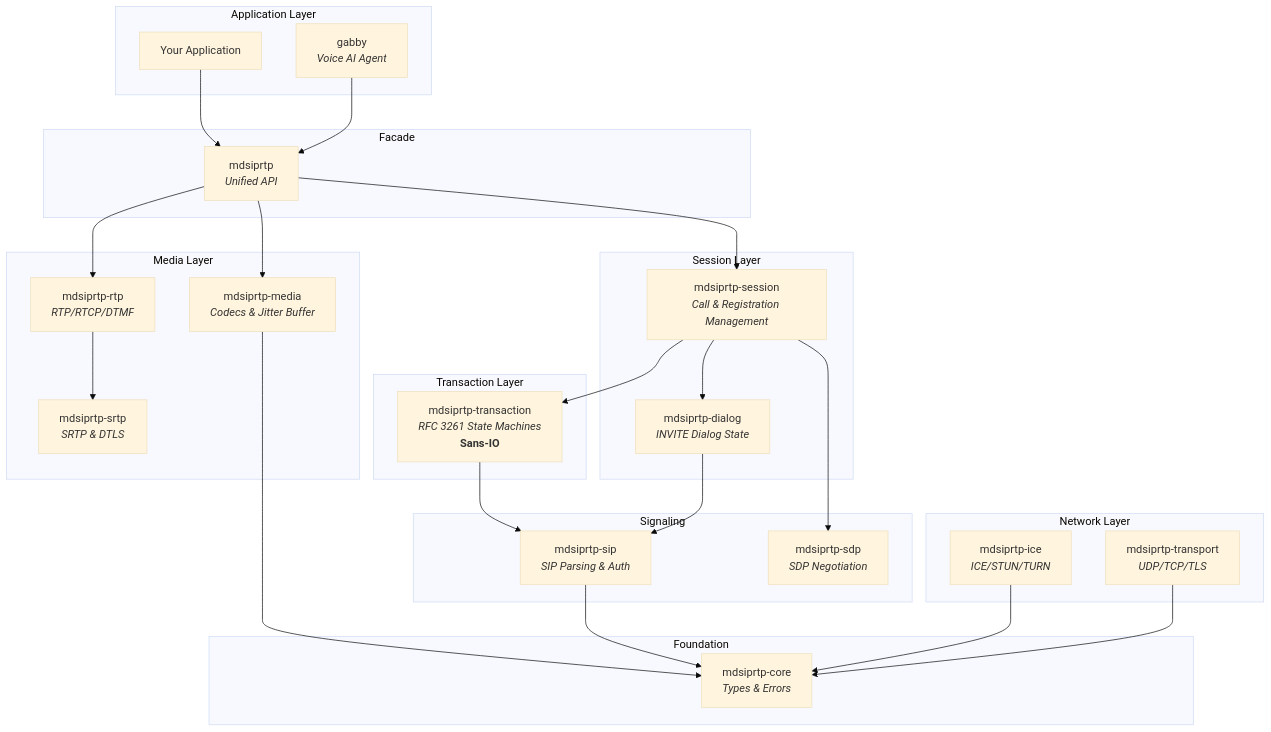
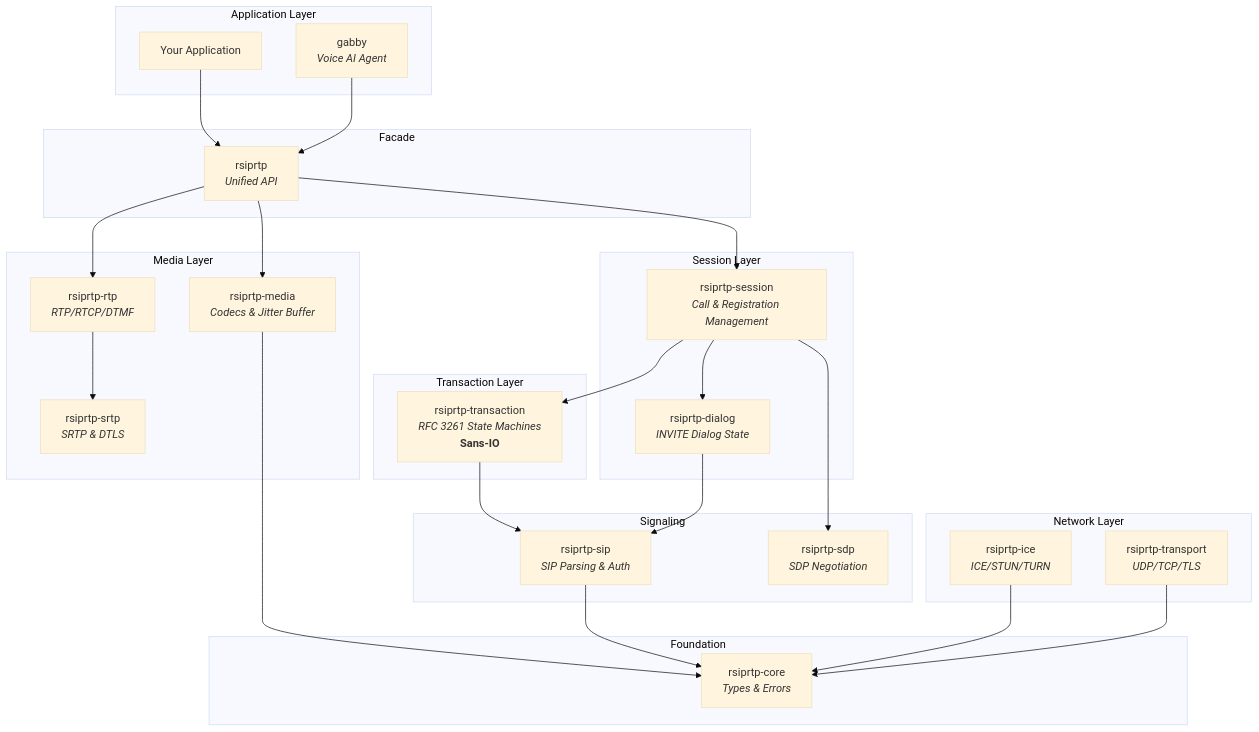
Before and after one commit to 0x4D44/rsiprtp: the first of 5 diagrams in README.md, drawn with Mermaid (base theme). The commit also changed other lines of this file and 209 other files, not shown here.

First line of the commit message:
Rename mdsiprtp to rsiprtp across workspace

````diff
--- a/README.md
+++ b/README.md
@@ -38,56 +38,56 @@
 ```mermaid
 graph TB
     subgraph "Application Layer"
         GABBY[gabby<br/><i>Voice AI Agent</i>]
         APP[Your Application]
     end
 
     subgraph "Facade"
-        MDSIPRTP[mdsiprtp<br/><i>Unified API</i>]
+        MDSIPRTP[rsiprtp<br/><i>Unified API</i>]
     end
 
     subgraph "Session Layer"
-        SESSION[mdsiprtp-session<br/><i>Call & Registration Management</i>]
-        DIALOG[mdsiprtp-dialog<br/><i>INVITE Dialog State</i>]
+        SESSION[rsiprtp-session<br/><i>Call & Registration Management</i>]
+        DIALOG[rsiprtp-dialog<br/><i>INVITE Dialog State</i>]
     end
 
     subgraph "Transaction Layer"
-        TRANSACTION[mdsiprtp-transaction<br/><i>RFC 3261 State Machines</i><br/><b>Sans-IO</b>]
+        TRANSACTION[rsiprtp-transaction<br/><i>RFC 3261 State Machines</i><br/><b>Sans-IO</b>]
     end
 
     subgraph "Signaling"
-        SIP[mdsiprtp-sip<br/><i>SIP Parsing & Auth</i>]
-        SDP[mdsiprtp-sdp<br/><i>SDP Negotiation</i>]
+        SIP[rsiprtp-sip<br/><i>SIP Parsing & Auth</i>]
+        SDP[rsiprtp-sdp<br/><i>SDP Negotiation</i>]
     end
 
     subgraph "Media Layer"
-        RTP[mdsiprtp-rtp<br/><i>RTP/RTCP/DTMF</i>]
-        SRTP[mdsiprtp-srtp<br/><i>SRTP & DTLS</i>]
-        MEDIA[mdsiprtp-media<br/><i>Codecs & Jitter Buffer</i>]
+        RTP[rsiprtp-rtp<br/><i>RTP/RTCP/DTMF</i>]
+        SRTP[rsiprtp-srtp<br/><i>SRTP & DTLS</i>]
+        MEDIA[rsiprtp-media<br/><i>Codecs & Jitter Buffer</i>]
     end
 
     subgraph "Network Layer"
-        TRANSPORT[mdsiprtp-transport<br/><i>UDP/TCP/TLS</i>]
-        ICE[mdsiprtp-ice<br/><i>ICE/STUN/TURN</i>]
+        TRANSPORT[rsiprtp-transport<br/><i>UDP/TCP/TLS</i>]
+        ICE[rsiprtp-ice<br/><i>ICE/STUN/TURN</i>]
     end
 
     subgraph "Foundation"
-        CORE[mdsiprtp-core<br/><i>Types & Errors</i>]
+        CORE[rsiprtp-core<br/><i>Types & Errors</i>]
     end
 
     GABBY --> MDSIPRTP
     APP --> MDSIPRTP
     MDSIPRTP --> SESSION
     MDSIPRTP --> MEDIA
     MDSIPRTP --> RTP
     SESSION --> DIALOG
     SESSION --> TRANSACTION
     SESSION --> SDP
     DIALOG --> SIP
     TRANSACTION --> SIP
     RTP --> SRTP
     TRANSPORT --> CORE
     ICE --> CORE
     SIP --> CORE
     MEDIA --> CORE
 ```
````
